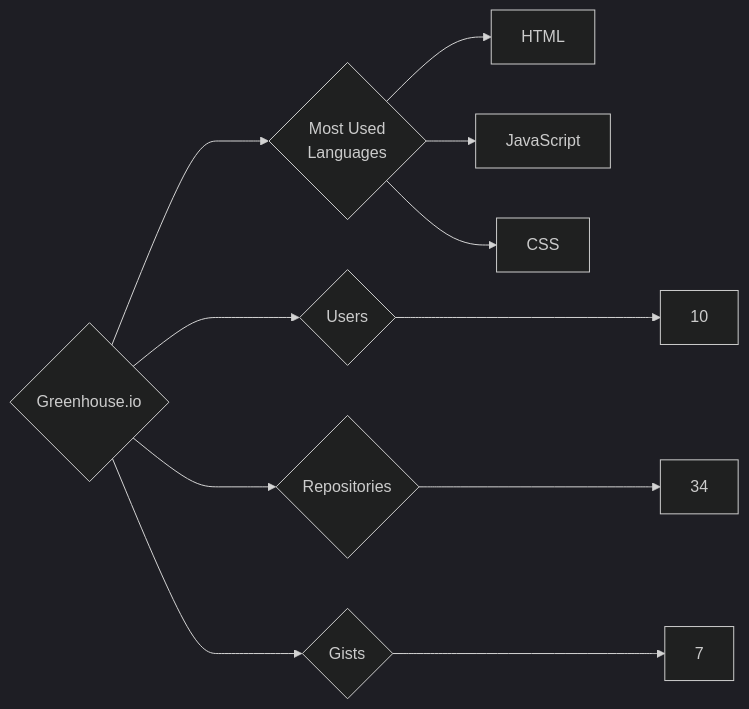
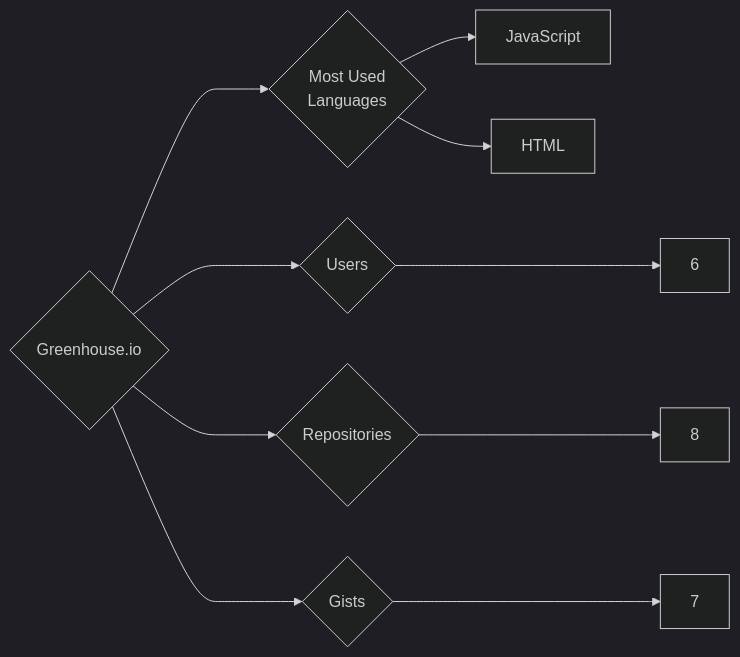
One commit to trickest/insiders changed the diagram in targets/Greenhouse.io/README.md. Above: the diagram before and after it, drawn with Mermaid (dark theme). The commit also changed 1167 other files, not shown here.

````diff
--- a/targets/Greenhouse.io/README.md
+++ b/targets/Greenhouse.io/README.md
@@ -3,11 +3,10 @@
 ```mermaid
 graph LR
 COMPANY_NAME{Greenhouse.io}
-COMPANY_NAME ---> U{Users} ---> UN[10]
-COMPANY_NAME ---> R{Repositories} ---> RN[34]
+COMPANY_NAME ---> U{Users} ---> UN[6]
+COMPANY_NAME ---> R{Repositories} ---> RN[8]
 COMPANY_NAME ---> G{Gists} ---> GN[7]
 COMPANY_NAME ---> ML{Most Used<br>Languages}
+ML --> JavaScript[JavaScript]
 ML --> HTML[HTML]
-ML --> JavaScript[JavaScript]
-ML --> CSS[CSS]
 ```
````
